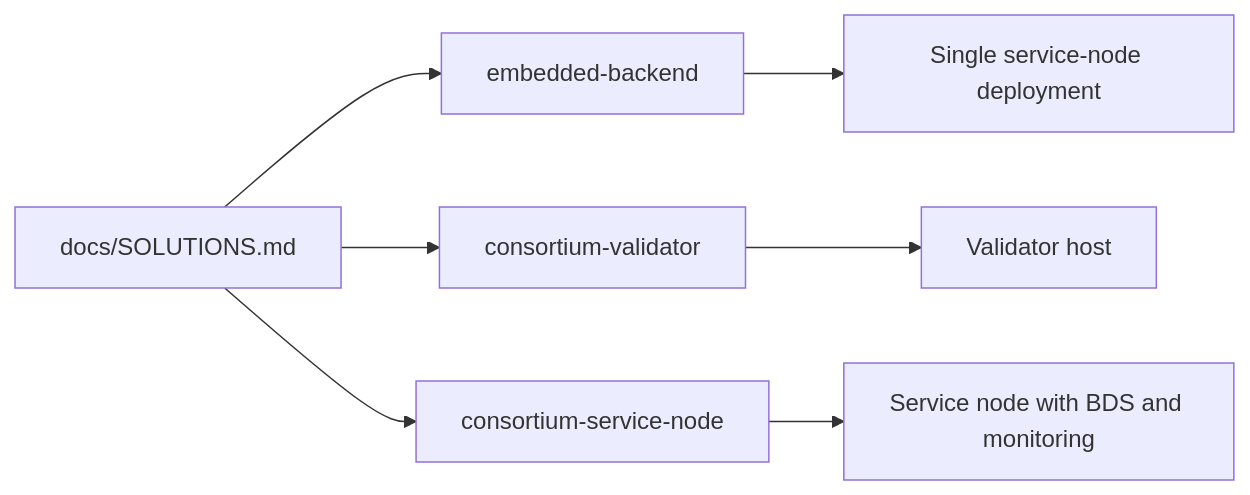
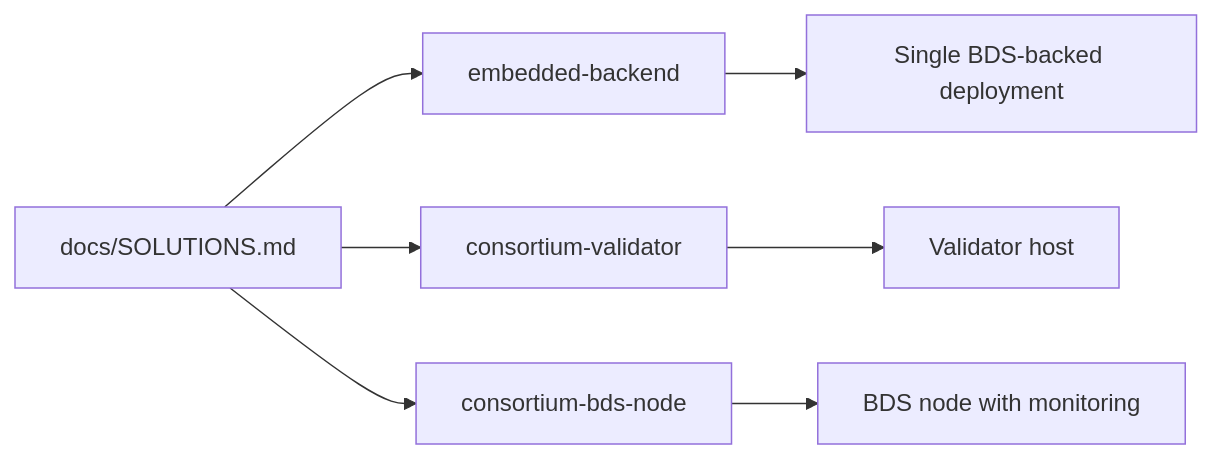
The diagram in presets/templates/README.md (xian-technology/xian-deploy), drawn with Mermaid before and after one commit. The commit also changed other lines of this file and 8 other files, not shown here.

````diff
--- a/presets/templates/README.md
+++ b/presets/templates/README.md
@@ -22,9 +22,9 @@
 ```mermaid
 flowchart LR
-  Embedded["embedded-backend"] --> ServiceNode["Single service-node deployment"]
+  Embedded["embedded-backend"] --> BdsBackend["Single BDS-backed deployment"]
   Validator["consortium-validator"] --> ValidatorHost["Validator host"]
-  ConsortiumService["consortium-service-node"] --> IndexedHost["Service node with BDS and monitoring"]
+  ConsortiumBds["consortium-bds-node"] --> IndexedHost["BDS node with monitoring"]
   SolutionRunbook["docs/SOLUTIONS.md"] --> Embedded
   SolutionRunbook --> Validator
-  SolutionRunbook --> ConsortiumService
+  SolutionRunbook --> ConsortiumBds
 ```
````
